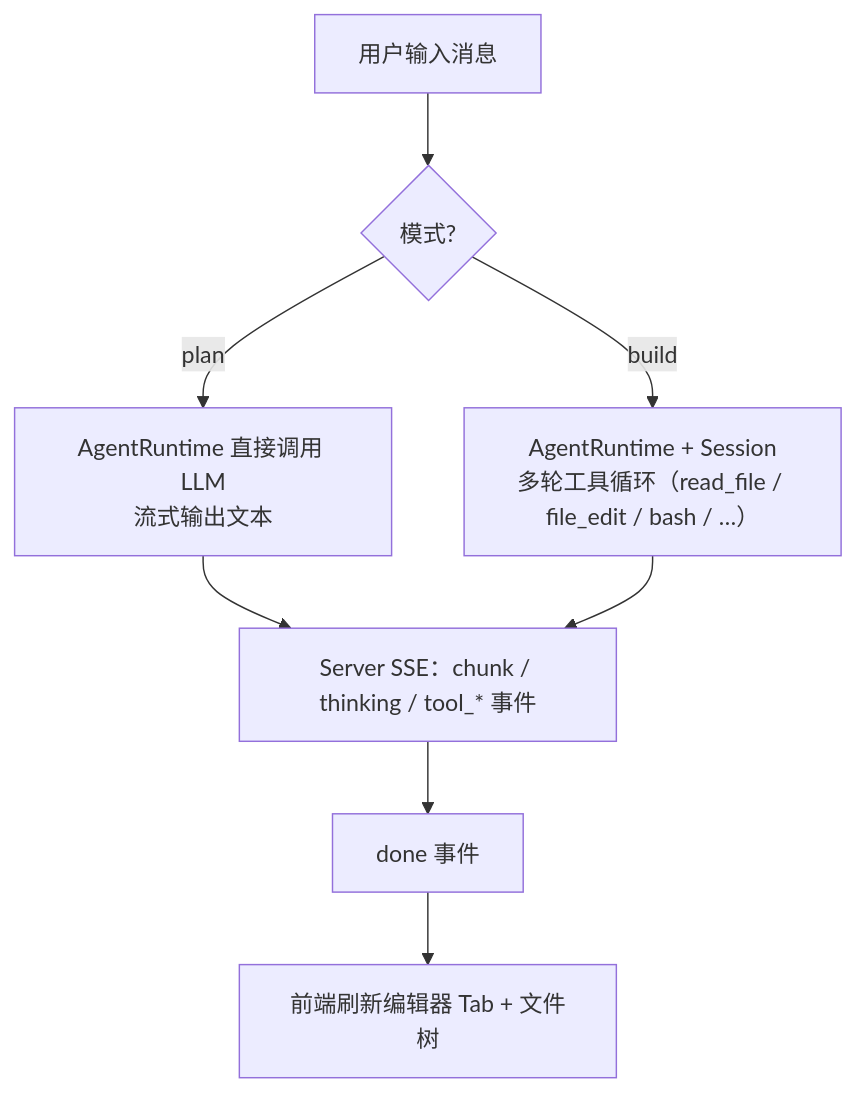
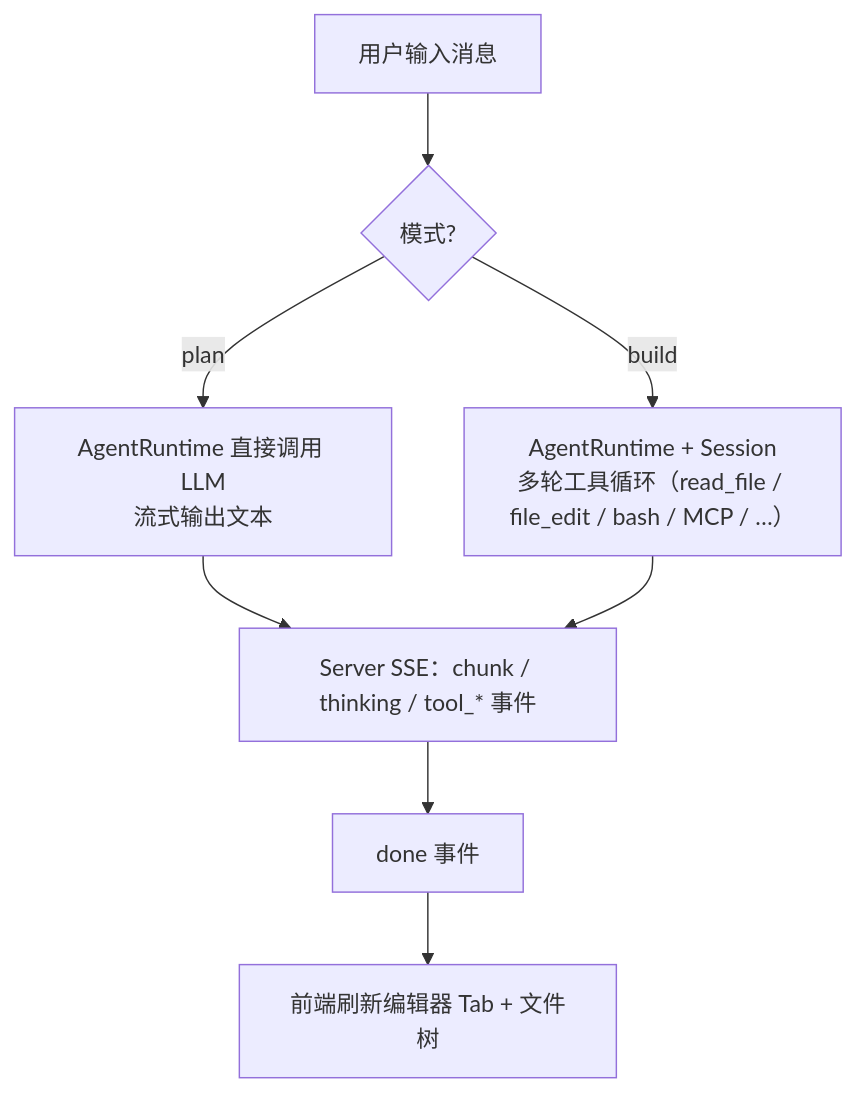
Before and after one commit to yishuw/Openwork_wy: the fourth of 5 diagrams in README.md, drawn with Mermaid. The commit also changed other lines of this file and 16 other files, not shown here.

````diff
--- a/README.md
+++ b/README.md
@@ -233,10 +250,10 @@
 ```mermaid
 flowchart TD
     U["用户输入消息"] --> M{"模式?"}
     M -->|plan| PL["AgentRuntime 直接调用 LLM<br/>流式输出文本"]
-    M -->|build| BD["AgentRuntime + Session<br/>多轮工具循环（read_file / file_edit / bash / …）"]
+    M -->|build| BD["AgentRuntime + Session<br/>多轮工具循环（read_file / file_edit / bash / MCP / …）"]
     PL --> SSE["Server SSE：chunk / thinking / tool_* 事件"]
     BD --> SSE
     SSE --> DONE["done 事件"]
     DONE --> REF["前端刷新编辑器 Tab + 文件树"]
 ```
````
